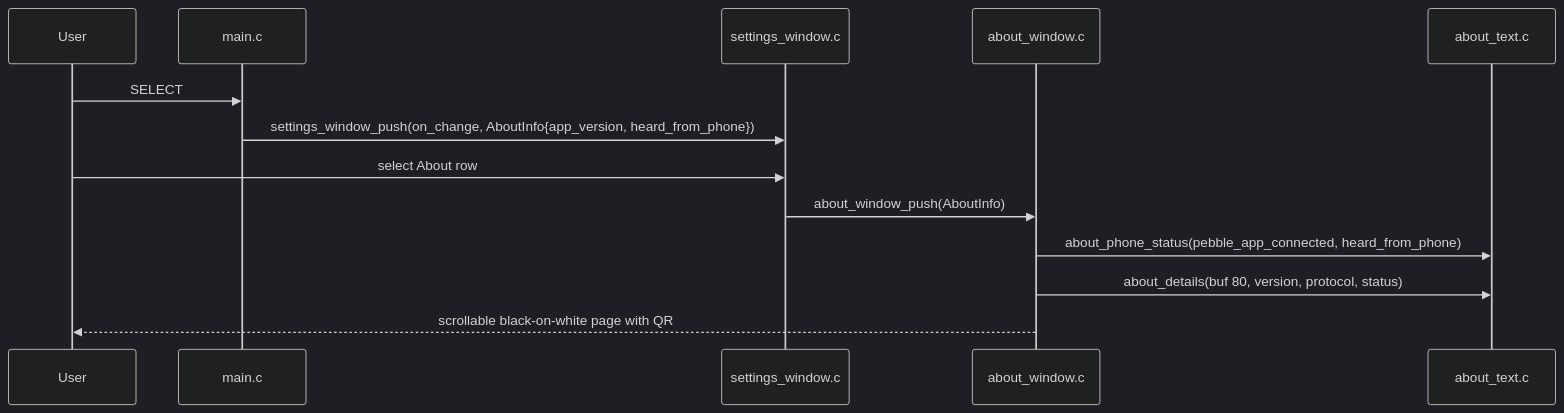
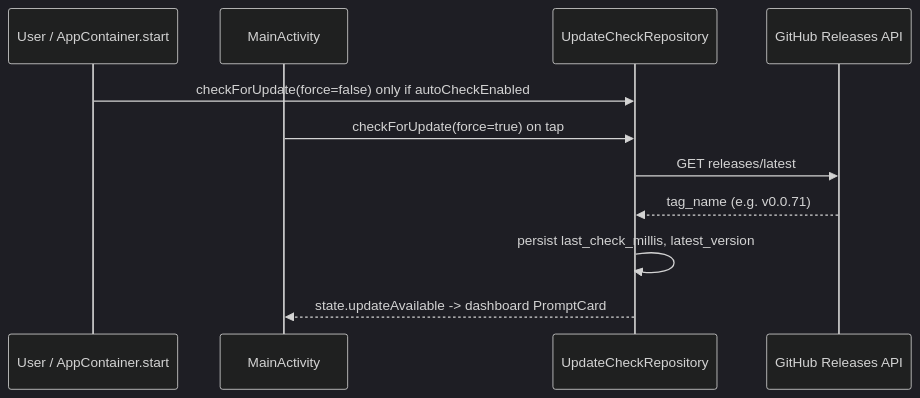
One commit to optio/PebbleNTN changed the fourth of 4 diagrams in aidlc/spaces/default/codekb/PebbleNTN/architecture.md. Above: the diagram before and after it, drawn with Mermaid (dark theme). The commit also changed other lines of this file and 68 other files, not shown here.

````diff
--- a/aidlc/spaces/default/codekb/PebbleNTN/architecture.md
+++ b/aidlc/spaces/default/codekb/PebbleNTN/architecture.md
@@ -113,15 +123,13 @@
 ```mermaid
 sequenceDiagram
-  participant U as User
-  participant M as main.c
-  participant S as settings_window.c
-  participant A as about_window.c
-  participant X as about_text.c
-  U->>M: SELECT
-  M->>S: settings_window_push(on_change, AboutInfo{app_version, heard_from_phone})
-  U->>S: select About row
-  S->>A: about_window_push(AboutInfo)
-  A->>X: about_phone_status(pebble_app_connected, heard_from_phone)
-  A->>X: about_details(buf 80, version, protocol, status)
-  A-->>U: scrollable black-on-white page with QR
+  participant U as User / AppContainer.start
+  participant M as MainActivity
+  participant UCR as UpdateCheckRepository
+  participant GH as GitHub Releases API
+  U->>UCR: checkForUpdate(force=false) only if autoCheckEnabled
+  M->>UCR: checkForUpdate(force=true) on tap
+  UCR->>GH: GET releases/latest
+  GH-->>UCR: tag_name (e.g. v0.0.71)
+  UCR->>UCR: persist last_check_millis, latest_version
+  UCR-->>M: state.updateAvailable -> dashboard PromptCard
 ```
````
